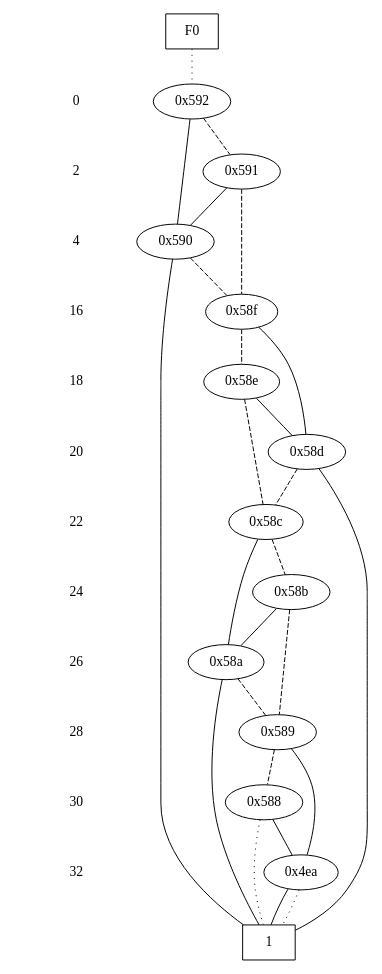
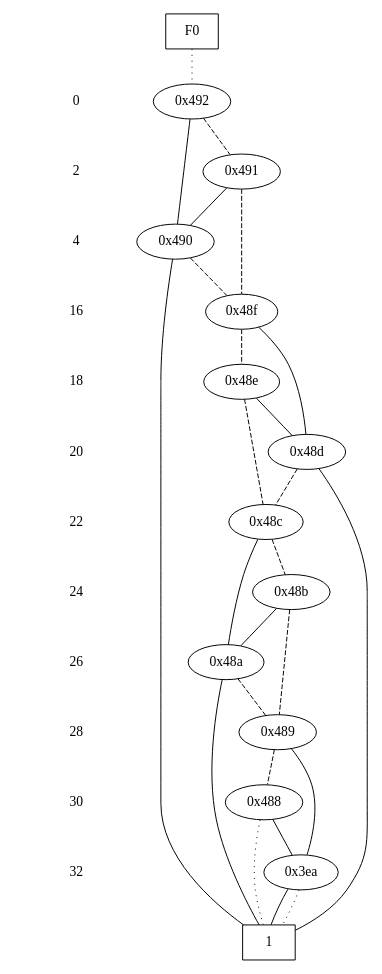
The diagram in validBDD.dot (galvusdamor/downward-hm), drawn with Graphviz before and after one commit. The commit also changed 4 other files, not shown here.

```diff
--- a/validBDD.dot
+++ b/validBDD.dot
@@ -1,78 +1,78 @@
 digraph "DD" {
 size = "7.5,10"
 center = true;
 edge [dir = none];
 { node [shape = plaintext];
   edge [style = invis];
   "CONST NODES" [style = invis];
 " 0 " -> " 2 " -> " 4 " -> " 16 " -> " 18 " -> " 20 " -> " 22 " -> " 24 " -> " 26 " -> " 28 " -> " 30 " -> " 32 " -> "CONST NODES"; 
 }
 { rank = same; node [shape = box]; edge [style = invis];
 "F0"; }
 { rank = same; " 0 ";
-"0x592";
+"0x492";
 }
 { rank = same; " 2 ";
-"0x591";
+"0x491";
 }
 { rank = same; " 4 ";
-"0x590";
+"0x490";
 }
 { rank = same; " 16 ";
-"0x58f";
+"0x48f";
 }
 { rank = same; " 18 ";
-"0x58e";
+"0x48e";
 }
 { rank = same; " 20 ";
-"0x58d";
+"0x48d";
 }
 { rank = same; " 22 ";
-"0x58c";
+"0x48c";
 }
 { rank = same; " 24 ";
-"0x58b";
+"0x48b";
 }
 { rank = same; " 26 ";
-"0x58a";
+"0x48a";
 }
 { rank = same; " 28 ";
-"0x589";
+"0x489";
 }
 { rank = same; " 30 ";
-"0x588";
+"0x488";
 }
 { rank = same; " 32 ";
-"0x4ea";
+"0x3ea";
 }
 { rank = same; "CONST NODES";
-{ node [shape = box]; "0x4c6";
+{ node [shape = box]; "0x3c6";
 }
 }
-"F0" -> "0x592" [style = dotted];
-"0x592" -> "0x590";
-"0x592" -> "0x591" [style = dashed];
-"0x591" -> "0x590";
-"0x591" -> "0x58f" [style = dashed];
-"0x590" -> "0x4c6";
-"0x590" -> "0x58f" [style = dashed];
-"0x58f" -> "0x58d";
-"0x58f" -> "0x58e" [style = dashed];
-"0x58e" -> "0x58d";
-"0x58e" -> "0x58c" [style = dashed];
-"0x58d" -> "0x4c6";
-"0x58d" -> "0x58c" [style = dashed];
-"0x58c" -> "0x58a";
-"0x58c" -> "0x58b" [style = dashed];
-"0x58b" -> "0x58a";
-"0x58b" -> "0x589" [style = dashed];
-"0x58a" -> "0x4c6";
-"0x58a" -> "0x589" [style = dashed];
-"0x589" -> "0x4ea";
-"0x589" -> "0x588" [style = dashed];
-"0x588" -> "0x4ea";
-"0x588" -> "0x4c6" [style = dotted];
-"0x4ea" -> "0x4c6";
-"0x4ea" -> "0x4c6" [style = dotted];
-"0x4c6" [label = "1"];
+"F0" -> "0x492" [style = dotted];
+"0x492" -> "0x490";
+"0x492" -> "0x491" [style = dashed];
+"0x491" -> "0x490";
+"0x491" -> "0x48f" [style = dashed];
+"0x490" -> "0x3c6";
+"0x490" -> "0x48f" [style = dashed];
+"0x48f" -> "0x48d";
+"0x48f" -> "0x48e" [style = dashed];
+"0x48e" -> "0x48d";
+"0x48e" -> "0x48c" [style = dashed];
+"0x48d" -> "0x3c6";
+"0x48d" -> "0x48c" [style = dashed];
+"0x48c" -> "0x48a";
+"0x48c" -> "0x48b" [style = dashed];
+"0x48b" -> "0x48a";
+"0x48b" -> "0x489" [style = dashed];
+"0x48a" -> "0x3c6";
+"0x48a" -> "0x489" [style = dashed];
+"0x489" -> "0x3ea";
+"0x489" -> "0x488" [style = dashed];
+"0x488" -> "0x3ea";
+"0x488" -> "0x3c6" [style = dotted];
+"0x3ea" -> "0x3c6";
+"0x3ea" -> "0x3c6" [style = dotted];
+"0x3c6" [label = "1"];
 }
```
